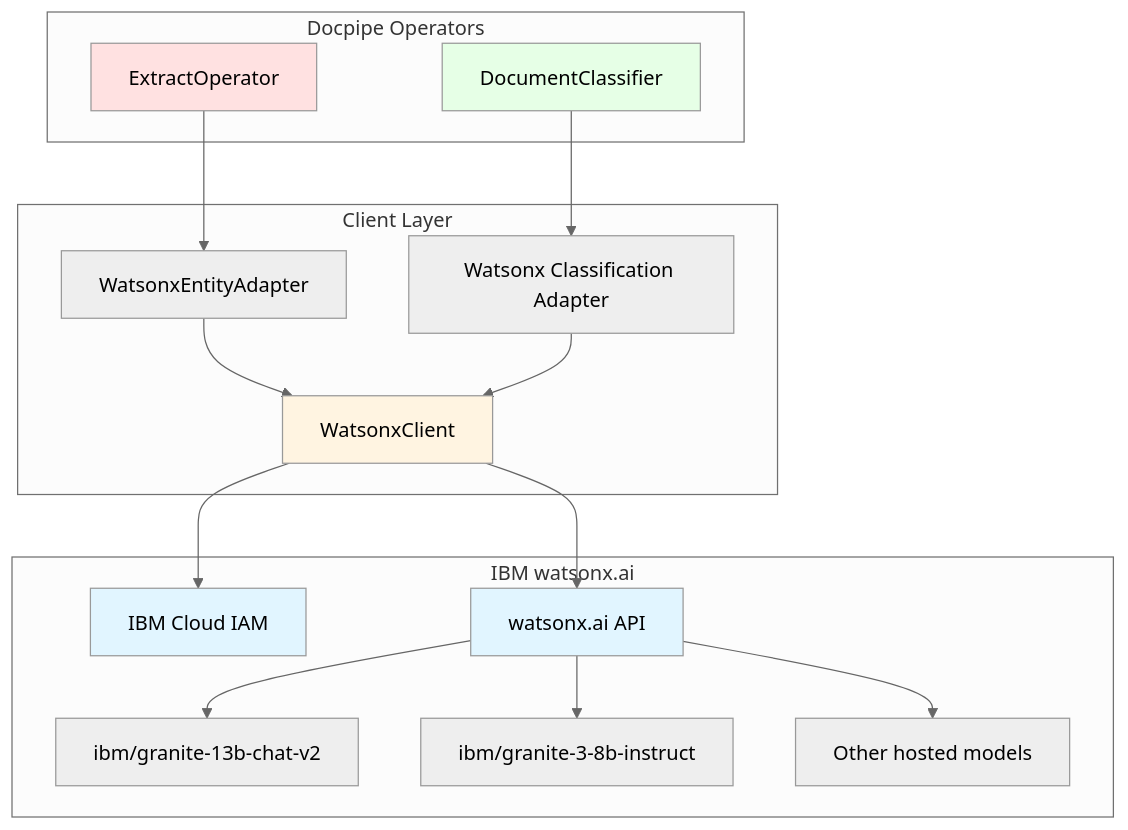
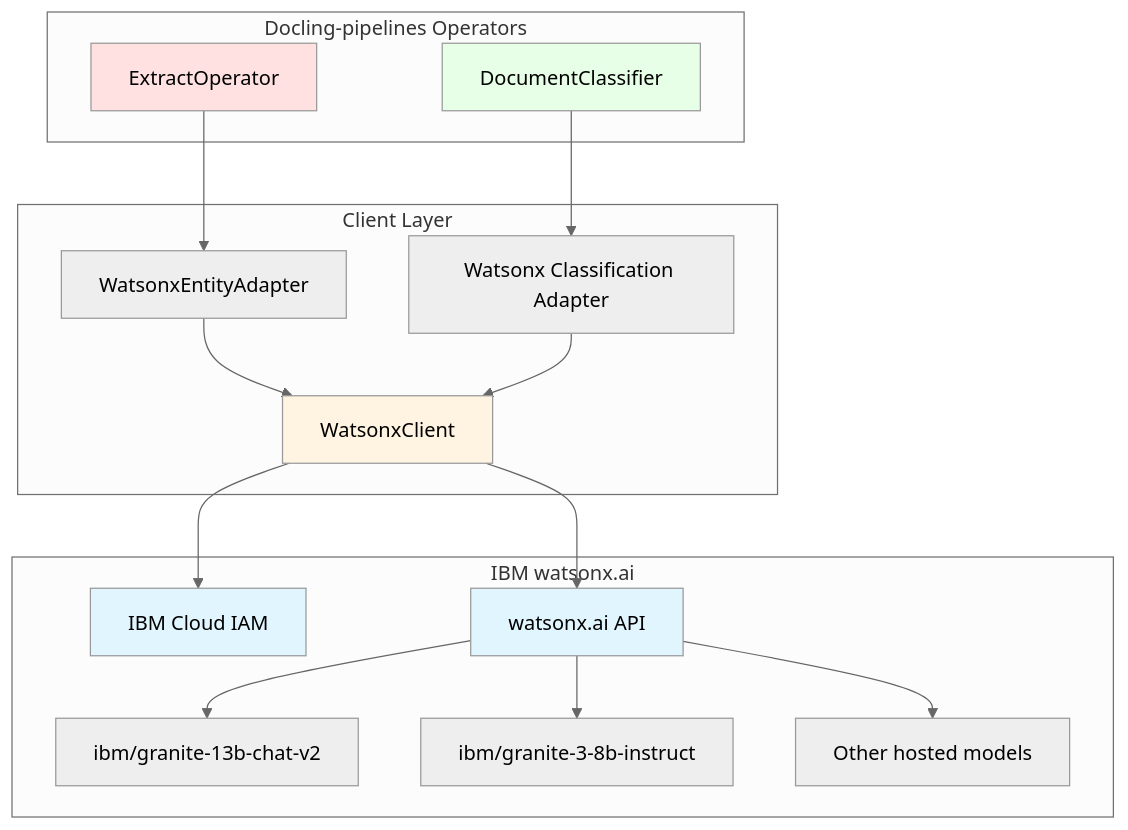
Before and after one commit to anupvarma007-ui/datasift-opensource: diagram 14 of 31 in ARCHITECTURE.md, drawn with Mermaid (neutral theme). The commit also changed other lines of this file, not shown here.

First line of the commit message:
Fixing the architecture doc with the new folder name (#696)

````diff
--- a/ARCHITECTURE.md
+++ b/ARCHITECTURE.md
@@ -1527,37 +1527,37 @@
 ```mermaid
 graph TB
-    subgraph "Docpipe Operators"
+    subgraph "Docling-pipelines Operators"
         EXT[ExtractOperator]
         DC[DocumentClassifier]
     end
 
     subgraph "Client Layer"
         WC[WatsonxClient]
         WEA[WatsonxEntityAdapter]
         WCA[Watsonx Classification Adapter]
     end
 
     subgraph "IBM watsonx.ai"
         IAM[IBM Cloud IAM]
         API[watsonx.ai API]
         M1[ibm/granite-13b-chat-v2]
         M2[ibm/granite-3-8b-instruct]
         M3[Other hosted models]
     end
 
     EXT --> WEA
     DC --> WCA
     WEA --> WC
     WCA --> WC
     WC --> IAM
     WC --> API
     API --> M1
     API --> M2
     API --> M3
 
     style EXT fill:#ffe1e1
     style DC fill:#e6ffe6
     style WC fill:#fff4e1
     style API fill:#e1f5ff
     style IAM fill:#e1f5ff
 ```
````
